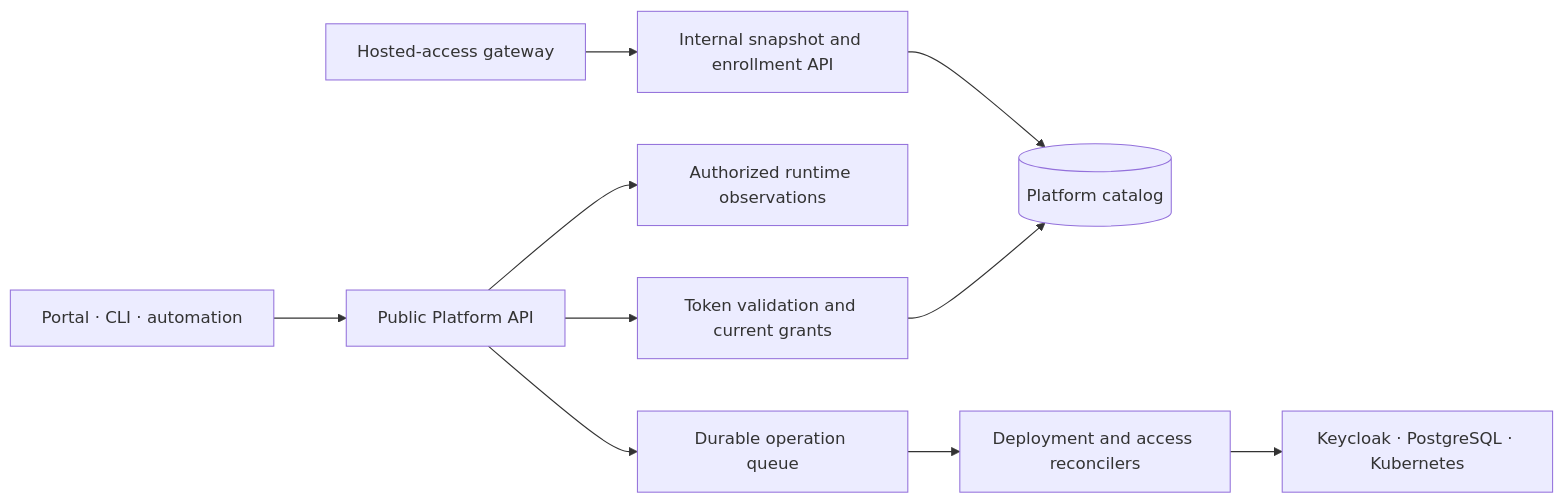
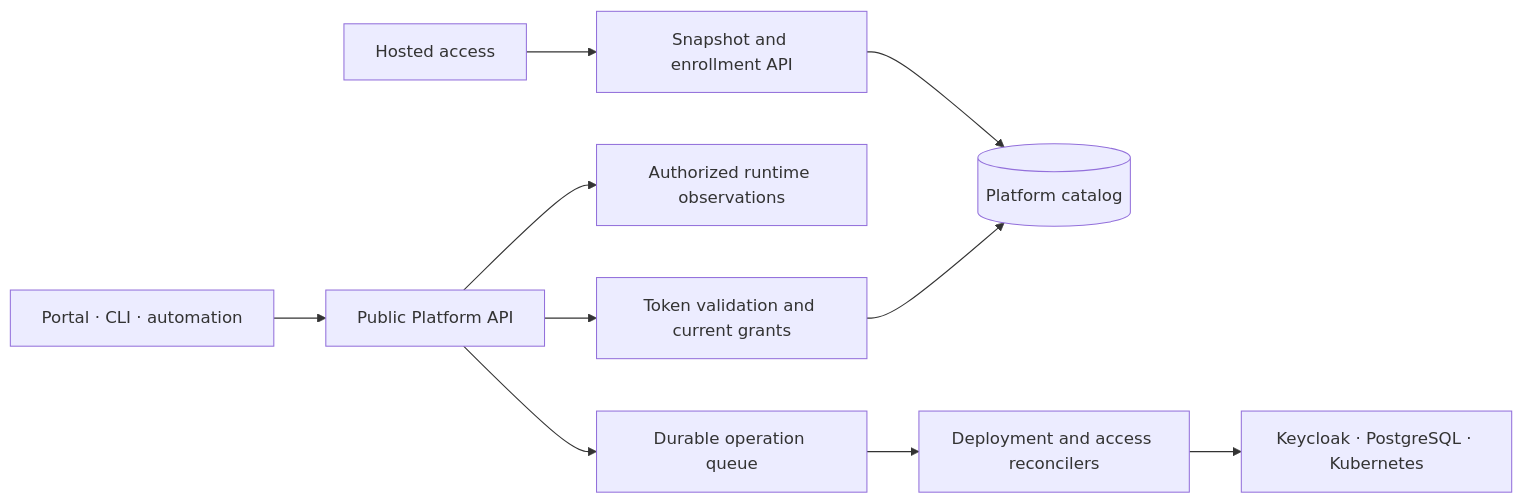
Before and after one commit to eseidinger/developer-platform: the diagram in docs/platform-model/platform-api.md, drawn with Mermaid. The commit also changed other lines of this file and 254 other files, not shown here.

````diff
--- a/docs/platform-model/platform-api.md
+++ b/docs/platform-model/platform-api.md
@@ -10,12 +10,12 @@
 ```mermaid
 flowchart LR
     Clients[Portal · CLI · automation] --> Public[Public Platform API]
     Public --> Auth[Token validation and current grants]
     Auth --> Catalog[(Platform catalog)]
     Public --> Read[Authorized runtime observations]
     Public --> Queue[Durable operation queue]
     Queue --> Reconcilers[Deployment and access reconcilers]
     Reconcilers --> Providers[Keycloak · PostgreSQL · Kubernetes]
-    Gateway[Hosted-access gateway] --> Internal[Internal snapshot and enrollment API]
+    Gateway[Hosted access] --> Internal[Snapshot and enrollment API]
     Internal --> Catalog
 ```
````
